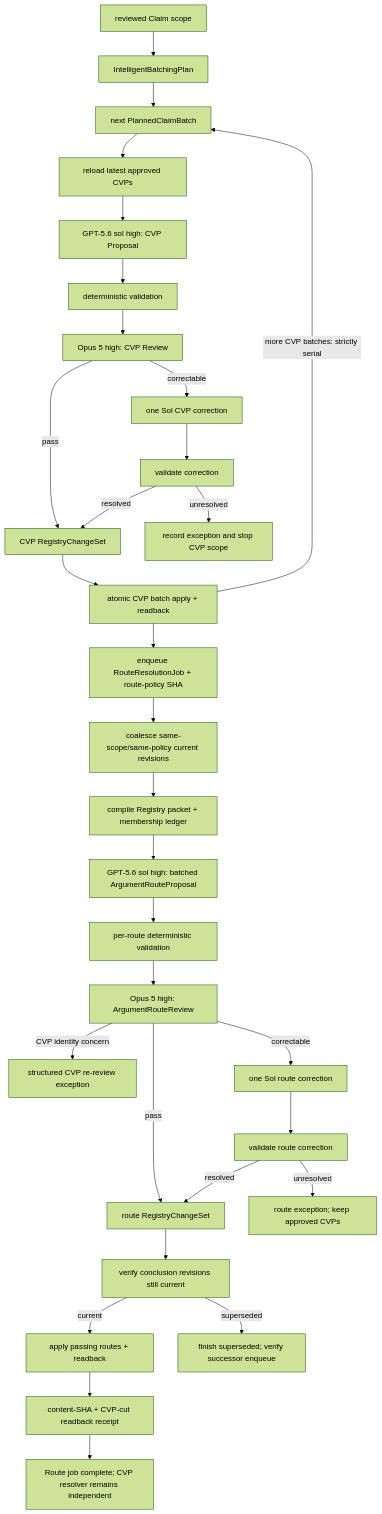
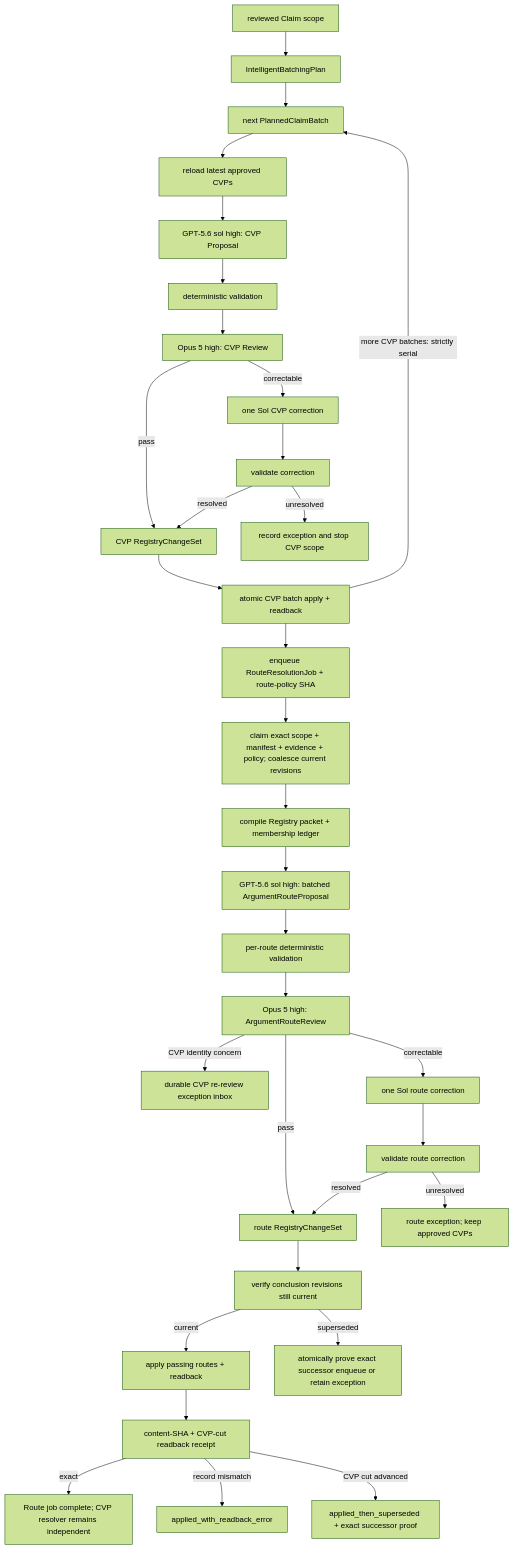
One commit to junyang168/smart-answer changed the first of 7 diagrams in docs/wang-knowledge-platform/canonical_viewpoint_registry_design_v1.md. Above: the diagram before and after it, drawn with Mermaid (forest theme). The commit also changed other lines of this file and 7 other files, not shown here.

````diff
--- a/docs/wang-knowledge-platform/canonical_viewpoint_registry_design_v1.md
+++ b/docs/wang-knowledge-platform/canonical_viewpoint_registry_design_v1.md
@@ -81,33 +81,35 @@
 ```mermaid
 flowchart TD
     S["reviewed Claim scope"] --> B["IntelligentBatchingPlan"]
     B --> N["next PlannedClaimBatch"]
     N --> L["reload latest approved CVPs"]
     L --> P["GPT-5.6 sol high: CVP Proposal"]
     P --> D["deterministic validation"]
     D --> R["Opus 5 high: CVP Review"]
     R -->|"pass"| C["CVP RegistryChangeSet"]
     R -->|"correctable"| O["one Sol CVP correction"]
     O --> V["validate correction"]
     V -->|"resolved"| C
     V -->|"unresolved"| X["record exception and stop CVP scope"]
     C --> A["atomic CVP batch apply + readback"]
     A -->|"more CVP batches: strictly serial"| N
     A --> Q["enqueue RouteResolutionJob + route-policy SHA"]
-    Q --> E["coalesce same-scope/same-policy current revisions"]
+    Q --> E["claim exact scope + manifest + evidence + policy; coalesce current revisions"]
     E --> CE["compile Registry packet + membership ledger"]
     CE --> RP["GPT-5.6 sol high: batched ArgumentRouteProposal"]
     RP --> RD["per-route deterministic validation"]
     RD --> RR["Opus 5 high: ArgumentRouteReview"]
-    RR -->|"CVP identity concern"| CX["structured CVP re-review exception"]
+    RR -->|"CVP identity concern"| CX["durable CVP re-review exception inbox"]
     RR -->|"pass"| RC["route RegistryChangeSet"]
     RR -->|"correctable"| RO["one Sol route correction"]
     RO --> RV["validate route correction"]
     RV -->|"resolved"| RC
     RV -->|"unresolved"| RX["route exception; keep approved CVPs"]
     RC --> CC["verify conclusion revisions still current"]
     CC -->|"current"| RA["apply passing routes + readback"]
-    CC -->|"superseded"| SQ["finish superseded; verify successor enqueue"]
+    CC -->|"superseded"| SQ["atomically prove exact successor enqueue or retain exception"]
     RA --> RB["content-SHA + CVP-cut readback receipt"]
-    RB --> Z["Route job complete; CVP resolver remains independent"]
+    RB -->|"exact"| Z["Route job complete; CVP resolver remains independent"]
+    RB -->|"record mismatch"| RE["applied_with_readback_error"]
+    RB -->|"CVP cut advanced"| AS["applied_then_superseded + exact successor proof"]
 ```
````
